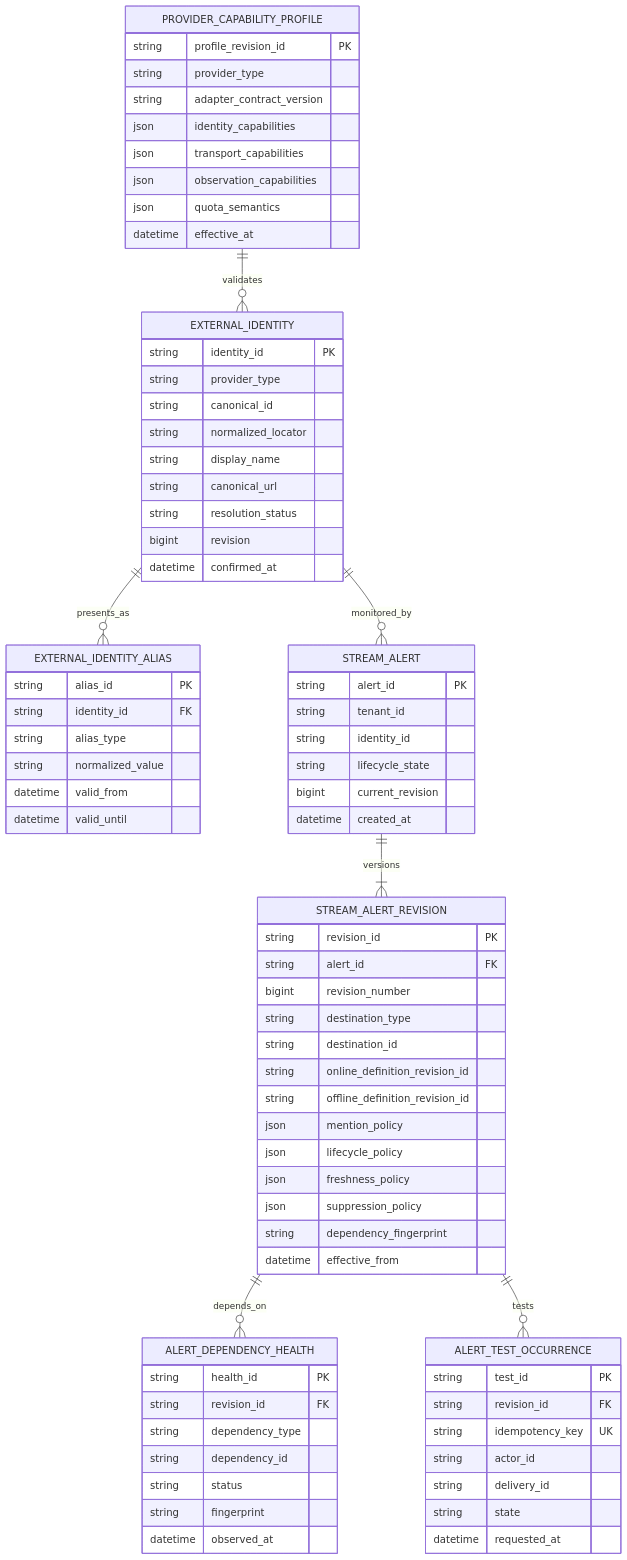
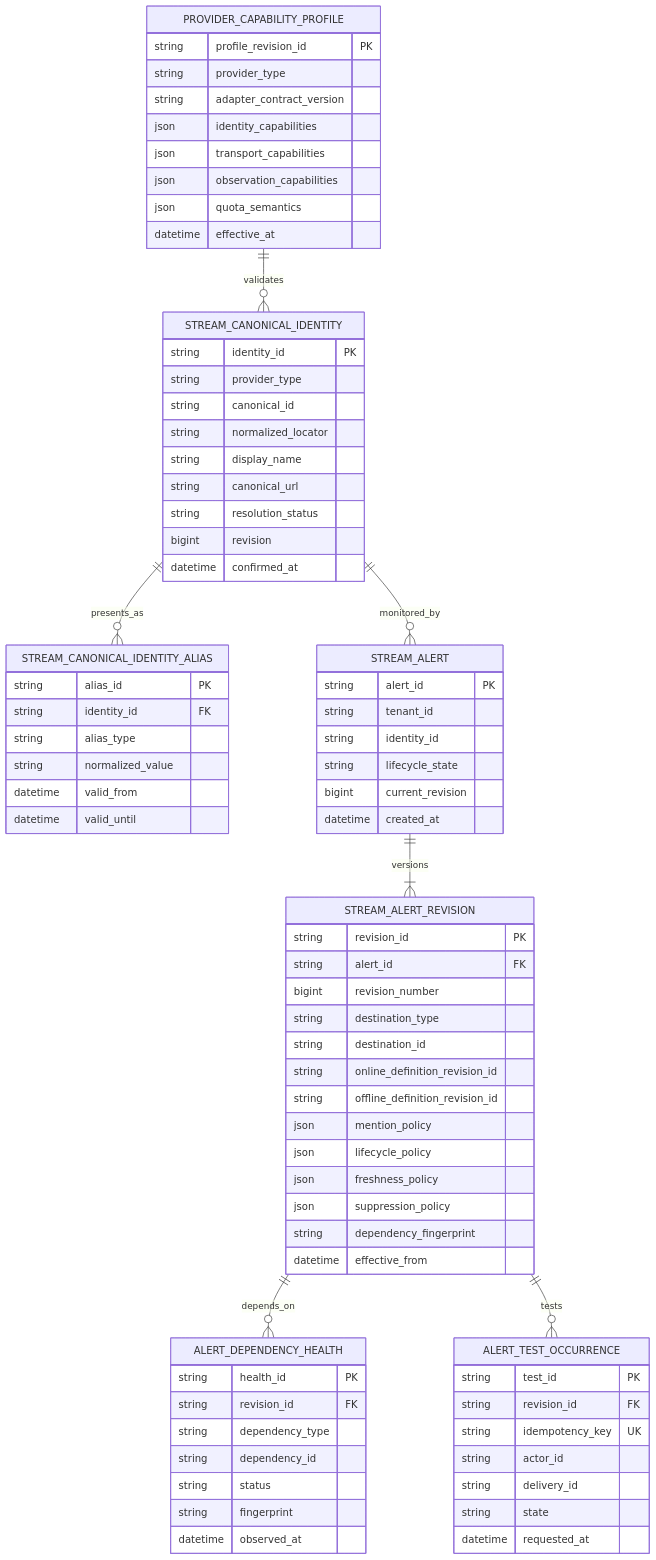
One commit to obsidia-systems/Discord-Bot-Open-Source changed the fourth of 9 diagrams in docs/architecture/10-data-support-integrations-automation.md. Above: the diagram before and after it, drawn with Mermaid. The commit also changed other lines of this file and 27 other files, not shown here.

First line of the commit message:
feat(architecture): add comprehensive architecture review documentation

````diff
--- a/docs/architecture/10-data-support-integrations-automation.md
+++ b/docs/architecture/10-data-support-integrations-automation.md
@@ -426,8 +430,8 @@
 ```mermaid
 erDiagram
-    PROVIDER_CAPABILITY_PROFILE ||--o{ EXTERNAL_IDENTITY : validates
-    EXTERNAL_IDENTITY ||--o{ EXTERNAL_IDENTITY_ALIAS : presents_as
-    EXTERNAL_IDENTITY ||--o{ STREAM_ALERT : monitored_by
+    PROVIDER_CAPABILITY_PROFILE ||--o{ STREAM_CANONICAL_IDENTITY : validates
+    STREAM_CANONICAL_IDENTITY ||--o{ STREAM_CANONICAL_IDENTITY_ALIAS : presents_as
+    STREAM_CANONICAL_IDENTITY ||--o{ STREAM_ALERT : monitored_by
     STREAM_ALERT ||--|{ STREAM_ALERT_REVISION : versions
     STREAM_ALERT_REVISION ||--o{ ALERT_DEPENDENCY_HEALTH : depends_on
     STREAM_ALERT_REVISION ||--o{ ALERT_TEST_OCCURRENCE : tests
@@ -443,7 +447,7 @@
         datetime effective_at
     }
 
-    EXTERNAL_IDENTITY {
+    STREAM_CANONICAL_IDENTITY {
         string identity_id PK
         string provider_type
         string canonical_id
@@ -455,7 +459,7 @@
         datetime confirmed_at
     }
 
-    EXTERNAL_IDENTITY_ALIAS {
+    STREAM_CANONICAL_IDENTITY_ALIAS {
         string alias_id PK
         string identity_id FK
         string alias_type
````
